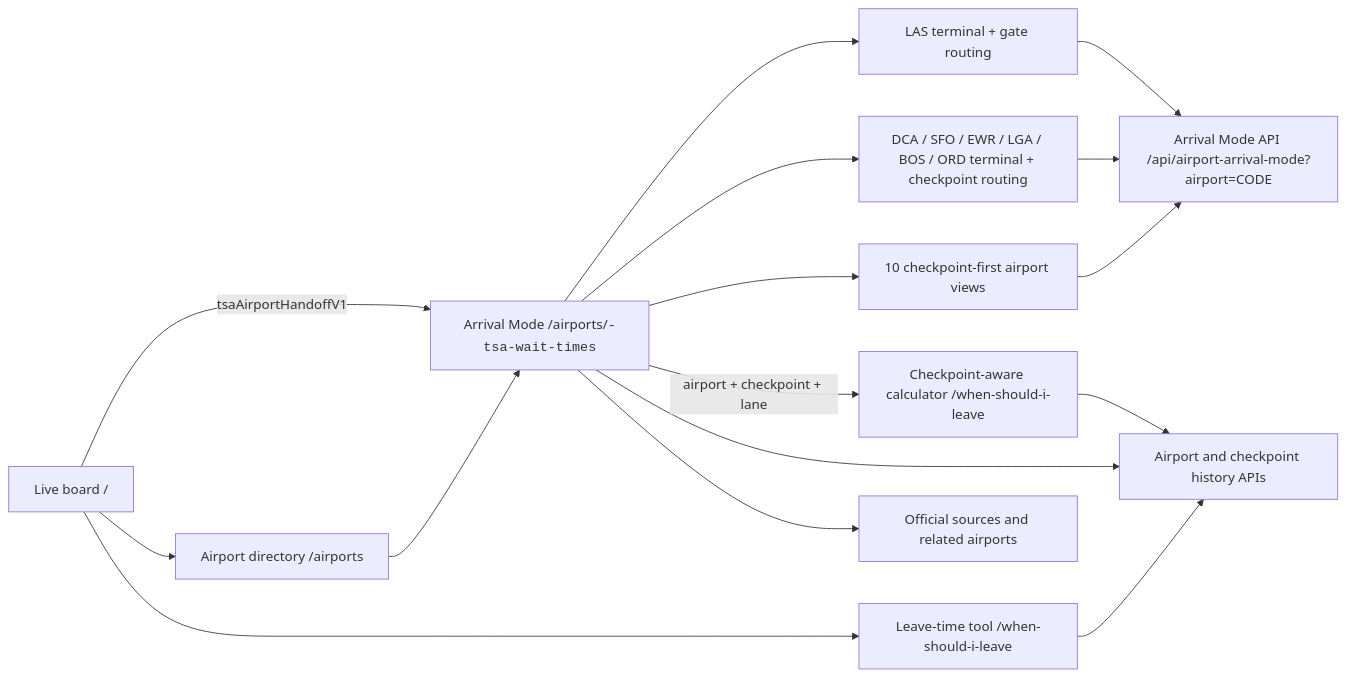
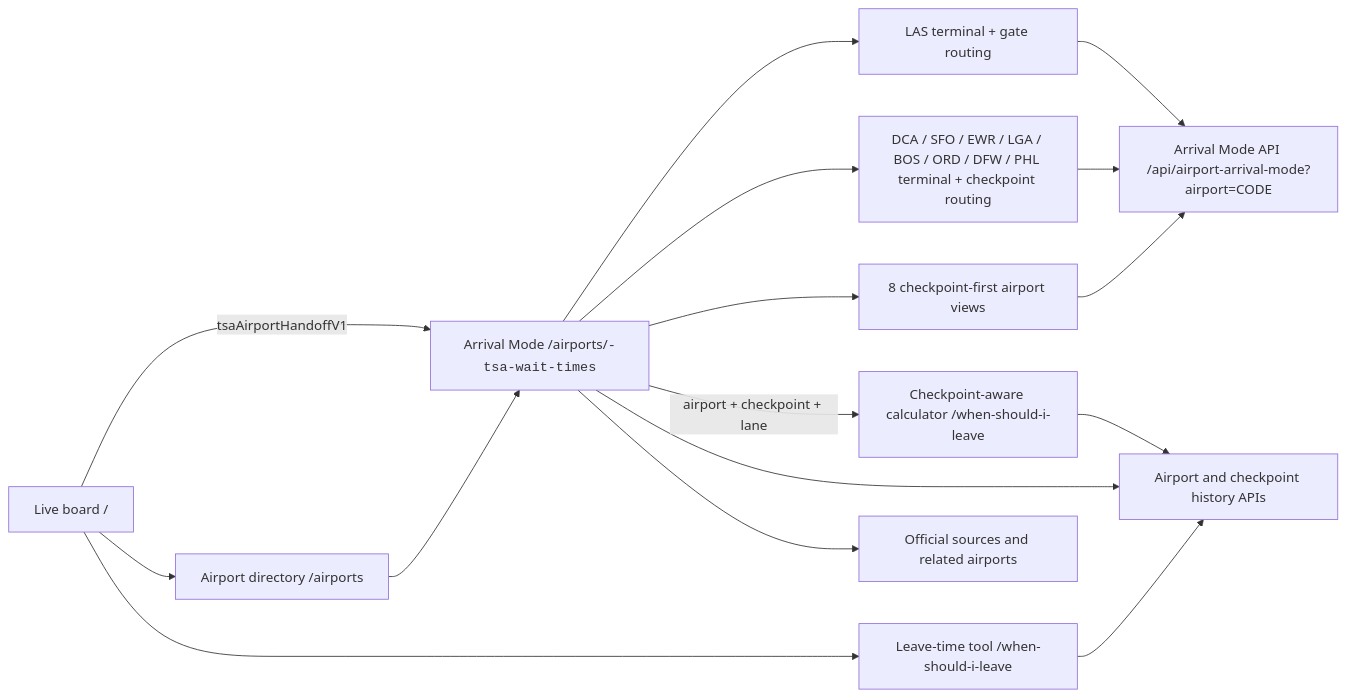
Before and after one commit to benbirkhahn/Tsatracker.com: the diagram in docs/wayfinding-atlas-redesign.md, drawn with Mermaid. The commit also changed other lines of this file and 3 other files, not shown here.

Commit message:
Add DFW and PHL terminal arrival maps

````diff
--- a/docs/wayfinding-atlas-redesign.md
+++ b/docs/wayfinding-atlas-redesign.md
@@ -50,18 +50,18 @@
 ```mermaid
 flowchart LR
   Home["Live board /"] -->|"tsaAirportHandoffV1"| Arrival["Arrival Mode /airports/<code>-tsa-wait-times"]
   Home --> Directory["Airport directory /airports"]
   Home --> Calculator["Leave-time tool /when-should-i-leave"]
   Directory --> Arrival
   Arrival --> LAS["LAS terminal + gate routing"]
-  Arrival --> TerminalCheckpoint["DCA / SFO / EWR / LGA / BOS / ORD terminal + checkpoint routing"]
-  Arrival --> Generic["10 checkpoint-first airport views"]
+  Arrival --> TerminalCheckpoint["DCA / SFO / EWR / LGA / BOS / ORD / DFW / PHL terminal + checkpoint routing"]
+  Arrival --> Generic["8 checkpoint-first airport views"]
   LAS --> ArrivalAPI["Arrival Mode API /api/airport-arrival-mode?airport=CODE"]
   TerminalCheckpoint --> ArrivalAPI
   Generic --> ArrivalAPI
   Arrival -->|"airport + checkpoint + lane"| CheckpointCalculator["Checkpoint-aware calculator /when-should-i-leave"]
   CheckpointCalculator --> History["Airport and checkpoint history APIs"]
   Arrival --> History
   Calculator --> History
   Arrival --> Guides["Official sources and related airports"]
 ```
````
